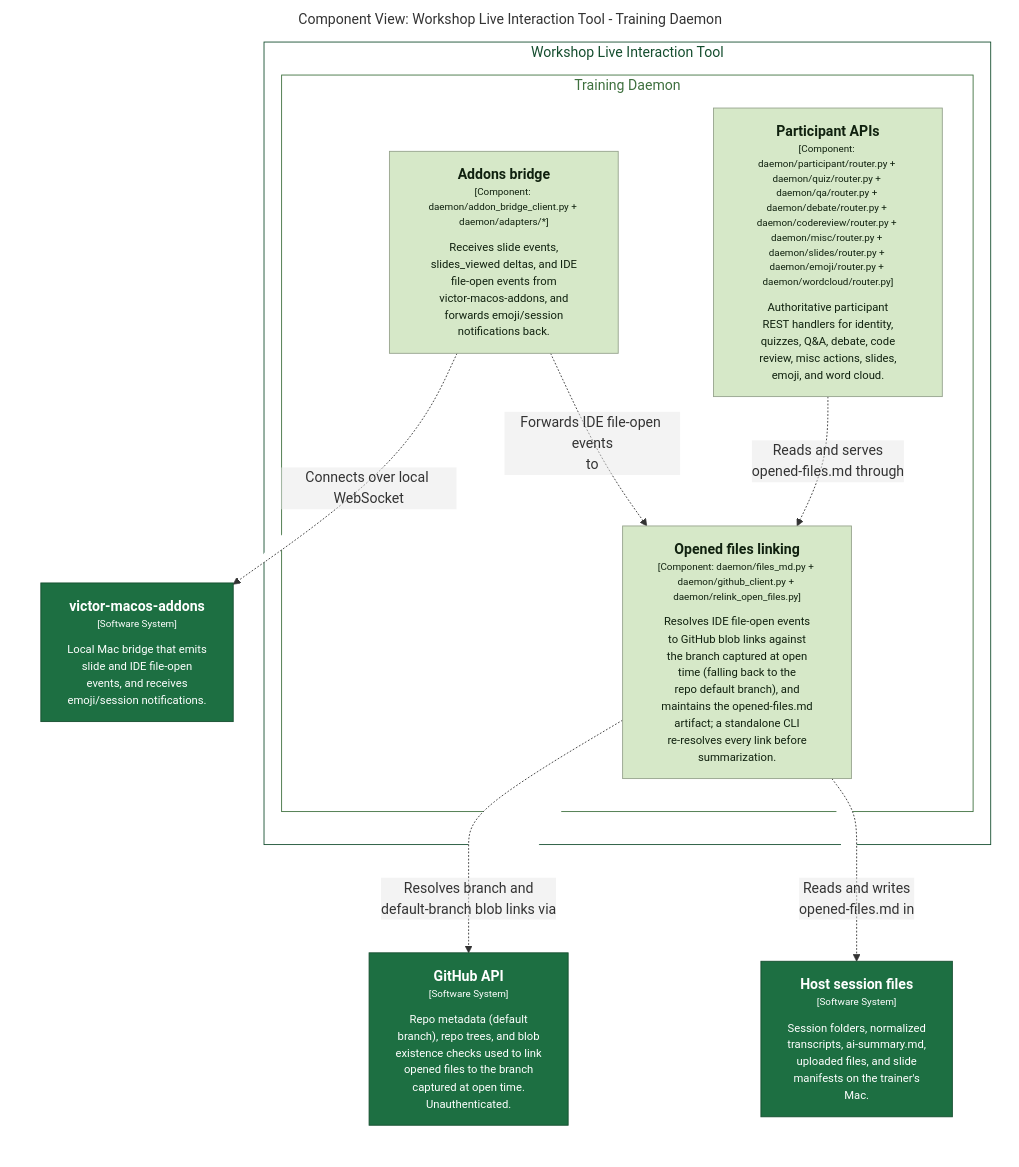
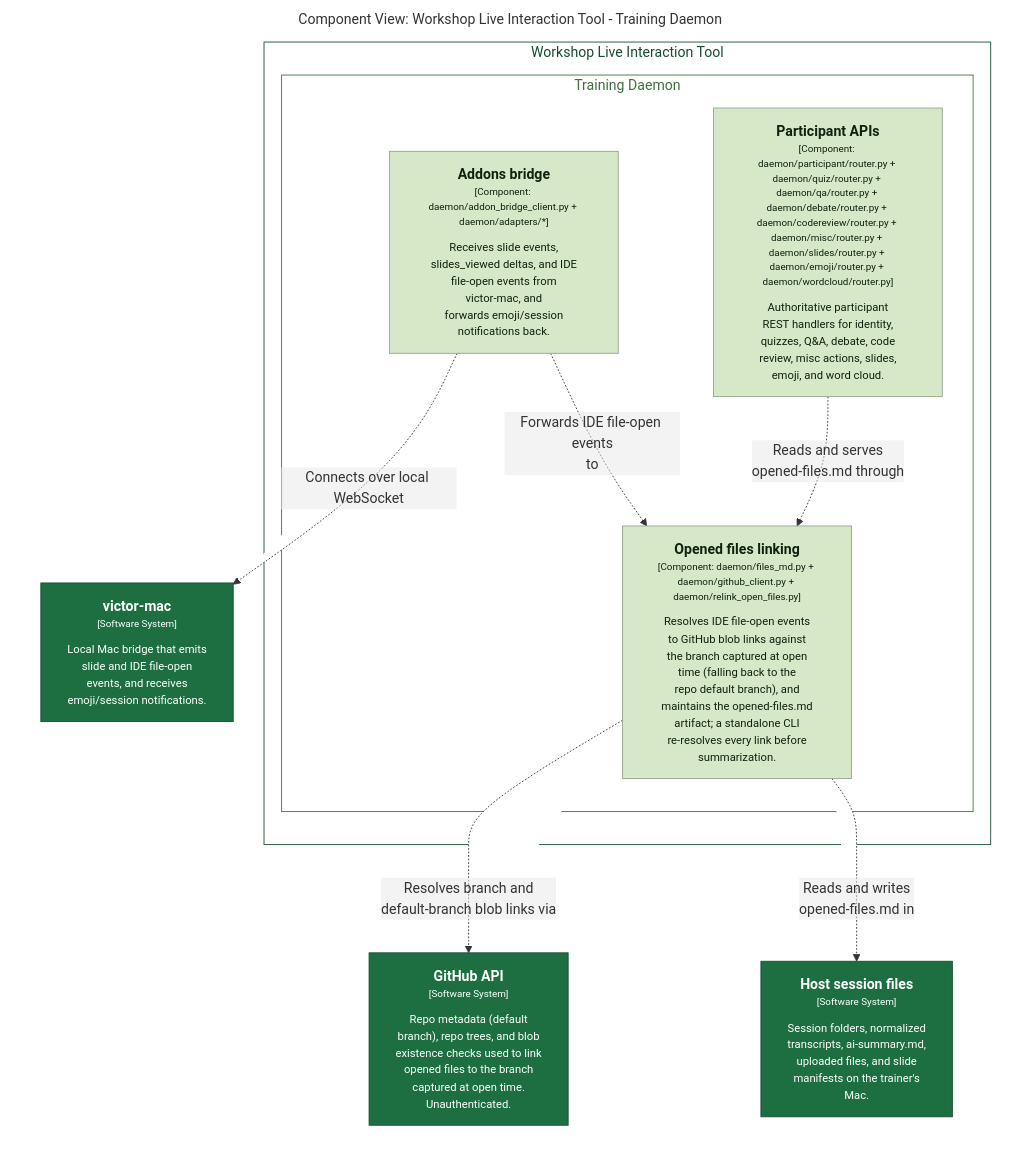
One commit to victorrentea/ai-central changed the diagram in projects/training-assistant/docs/c4views/C3-Daemon-Opened-Files.mmd. Above: the diagram before and after it, drawn with Mermaid. The commit also changed 28 other files, not shown here.

```diff
--- a/projects/training-assistant/docs/c4views/C3-Daemon-Opened-Files.mmd
+++ b/projects/training-assistant/docs/c4views/C3-Daemon-Opened-Files.mmd
@@ -1,36 +1,36 @@
 graph LR
   linkStyle default fill:#ffffff
 
   subgraph diagram ["Component View: Workshop Live Interaction Tool - Training Daemon"]
     style diagram fill:#ffffff,stroke:#ffffff
 
     4["<div style='font-weight: bold'>GitHub API</div><div style='font-size: 70%; margin-top: 0px'>[Software System]</div><div style='font-size: 80%; margin-top:10px'>Repo metadata (default<br />branch), repo trees, and blob<br />existence checks used to link<br />opened files to the branch<br />captured at open time.<br />Unauthenticated.</div>"]
     style 4 fill:#1d6f42,stroke:#144d2e,color:#ffffff
-    5["<div style='font-weight: bold'>victor-macos-addons</div><div style='font-size: 70%; margin-top: 0px'>[Software System]</div><div style='font-size: 80%; margin-top:10px'>Local Mac bridge that emits<br />slide and IDE file-open<br />events, and receives<br />emoji/session notifications.</div>"]
+    5["<div style='font-weight: bold'>victor-mac</div><div style='font-size: 70%; margin-top: 0px'>[Software System]</div><div style='font-size: 80%; margin-top:10px'>Local Mac bridge that emits<br />slide and IDE file-open<br />events, and receives<br />emoji/session notifications.</div>"]
     style 5 fill:#1d6f42,stroke:#144d2e,color:#ffffff
     9["<div style='font-weight: bold'>Host session files</div><div style='font-size: 70%; margin-top: 0px'>[Software System]</div><div style='font-size: 80%; margin-top:10px'>Session folders, normalized<br />transcripts, ai-summary.md,<br />uploaded files, and slide<br />manifests on the trainer's<br />Mac.</div>"]
     style 9 fill:#1d6f42,stroke:#144d2e,color:#ffffff
 
     subgraph 11 ["Workshop Live Interaction Tool"]
       style 11 fill:#ffffff,stroke:#144d2e,color:#144d2e
 
       subgraph 24 ["Training Daemon"]
         style 24 fill:#ffffff,stroke:#3e703e,color:#3e703e
 
         27["<div style='font-weight: bold'>Participant APIs</div><div style='font-size: 70%; margin-top: 0px'>[Component: daemon/participant/router.py + daemon/quiz/router.py + daemon/qa/router.py + daemon/debate/router.py + daemon/codereview/router.py + daemon/misc/router.py + daemon/slides/router.py + daemon/emoji/router.py + daemon/wordcloud/router.py]</div><div style='font-size: 80%; margin-top:10px'>Authoritative participant<br />REST handlers for identity,<br />quizzes, Q&A, debate, code<br />review, misc actions, slides,<br />emoji, and word cloud.</div>"]
         style 27 fill:#d6e8c8,stroke:#95a28c,color:#10210f
-        37["<div style='font-weight: bold'>Addons bridge</div><div style='font-size: 70%; margin-top: 0px'>[Component: daemon/addon_bridge_client.py + daemon/adapters/*]</div><div style='font-size: 80%; margin-top:10px'>Receives slide events,<br />slides_viewed deltas, and IDE<br />file-open events from<br />victor-macos-addons, and<br />forwards emoji/session<br />notifications back.</div>"]
+        37["<div style='font-weight: bold'>Addons bridge</div><div style='font-size: 70%; margin-top: 0px'>[Component: daemon/addon_bridge_client.py + daemon/adapters/*]</div><div style='font-size: 80%; margin-top:10px'>Receives slide events,<br />slides_viewed deltas, and IDE<br />file-open events from<br />victor-mac, and<br />forwards emoji/session<br />notifications back.</div>"]
         style 37 fill:#d6e8c8,stroke:#95a28c,color:#10210f
         38["<div style='font-weight: bold'>Opened files linking</div><div style='font-size: 70%; margin-top: 0px'>[Component: daemon/files_md.py + daemon/github_client.py + daemon/relink_open_files.py]</div><div style='font-size: 80%; margin-top:10px'>Resolves IDE file-open events<br />to GitHub blob links against<br />the branch captured at open<br />time (falling back to the<br />repo default branch), and<br />maintains the opened-files.md<br />artifact; a standalone CLI<br />re-resolves every link before<br />summarization.</div>"]
         style 38 fill:#d6e8c8,stroke:#95a28c,color:#10210f
       end
 
     end
 
     27-. "<div>Reads and serves<br />opened-files.md through</div><div style='font-size: 70%'></div>" .->38
     37-. "<div>Connects over local WebSocket</div><div style='font-size: 70%'></div>" .->5
     37-. "<div>Forwards IDE file-open events<br />to</div><div style='font-size: 70%'></div>" .->38
     38-. "<div>Resolves branch and<br />default-branch blob links via</div><div style='font-size: 70%'></div>" .->4
     38-. "<div>Reads and writes<br />opened-files.md in</div><div style='font-size: 70%'></div>" .->9
 
   end
```
